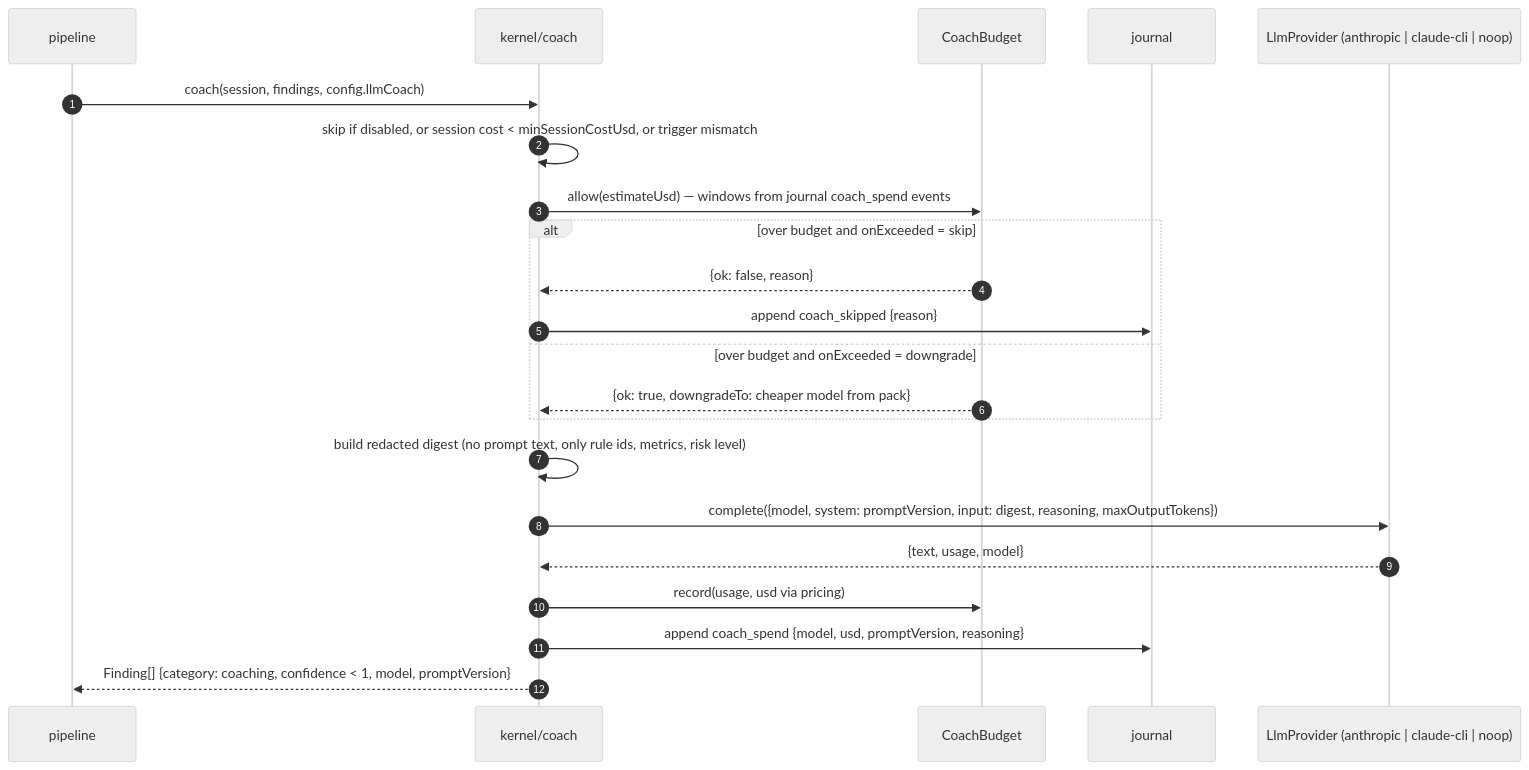
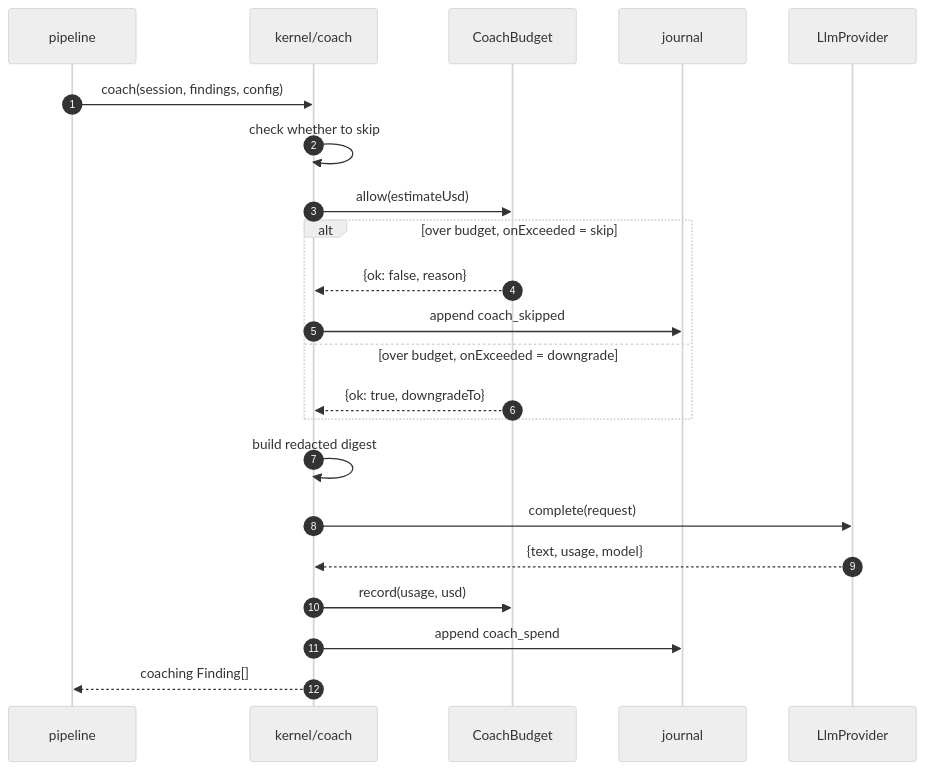
Before and after one commit to wrightm/agent-caddie: the seventh of 8 diagrams in docs/architecture/flows.md, drawn with Mermaid (neutral theme). The commit also changed other lines of this file, not shown here.

First line of the commit message:
docs(architecture): shorten sequence diagram labels in flows.md

````diff
--- a/docs/architecture/flows.md
+++ b/docs/architecture/flows.md
@@ -308,25 +429,25 @@
 ```mermaid
 sequenceDiagram
     autonumber
     participant P as pipeline
     participant C as kernel/coach
     participant BG as CoachBudget
     participant J as journal
-    participant PR as LlmProvider (anthropic | claude-cli | noop)
+    participant PR as LlmProvider
 
-    P->>C: coach(session, findings, config.llmCoach)
-    C->>C: skip if disabled, or session cost < minSessionCostUsd, or trigger mismatch
-    C->>BG: allow(estimateUsd) — windows from journal coach_spend events
-    alt over budget and onExceeded = skip
+    P->>C: coach(session, findings, config)
+    C->>C: check whether to skip
+    C->>BG: allow(estimateUsd)
+    alt over budget, onExceeded = skip
         BG-->>C: {ok: false, reason}
-        C->>J: append coach_skipped {reason}
-    else over budget and onExceeded = downgrade
-        BG-->>C: {ok: true, downgradeTo: cheaper model from pack}
+        C->>J: append coach_skipped
+    else over budget, onExceeded = downgrade
+        BG-->>C: {ok: true, downgradeTo}
     end
-    C->>C: build redacted digest (no prompt text, only rule ids, metrics, risk level)
-    C->>PR: complete({model, system: promptVersion, input: digest, reasoning, maxOutputTokens})
+    C->>C: build redacted digest
+    C->>PR: complete(request)
     PR-->>C: {text, usage, model}
-    C->>BG: record(usage, usd via pricing)
-    C->>J: append coach_spend {model, usd, promptVersion, reasoning}
-    C-->>P: Finding[] {category: coaching, confidence < 1, model, promptVersion}
+    C->>BG: record(usage, usd)
+    C->>J: append coach_spend
+    C-->>P: coaching Finding[]
 ```
````
